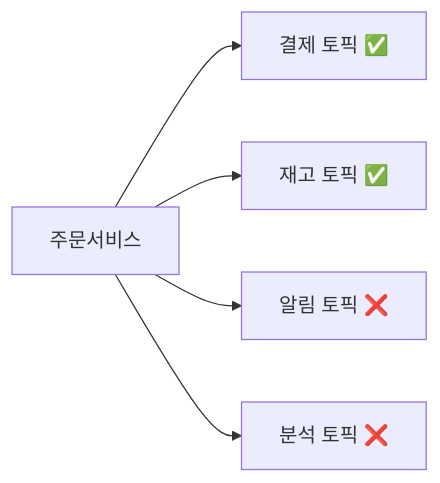
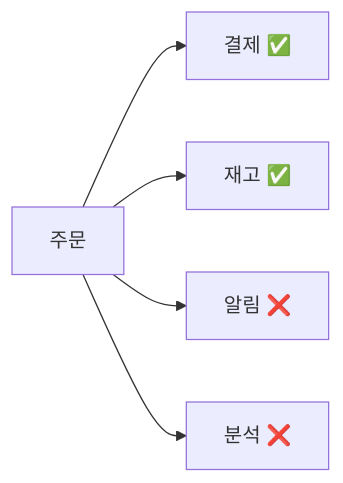
The first of 12 diagrams in _posts/kafka/2026-05-03-kafka-practical-patterns.md (yjkim2015/yjkim2015.github.io), drawn with Mermaid before and after one commit. The commit also changed other lines of this file and 2 other files, not shown here.

First line of the commit message:
Mermaid CSS 원복(제한 없음) + Kafka 다이어그램 내용 축소

````diff
--- a/_posts/kafka/2026-05-03-kafka-practical-patterns.md
+++ b/_posts/kafka/2026-05-03-kafka-practical-patterns.md
@@ -36,7 +36,5 @@
 ```mermaid
 graph LR
-    Svc["주문서비스"] --> T1["결제 토픽 ✅"]
-    Svc --> T2["재고 토픽 ✅"]
-    Svc --> T3["알림 토픽 ❌"]
-    Svc --> T4["분석 토픽 ❌"]
+    S["주문"] --> A["결제 ✅"] & B["재고 ✅"]
+    S --> C["알림 ❌"] & D["분석 ❌"]
 ```
````
